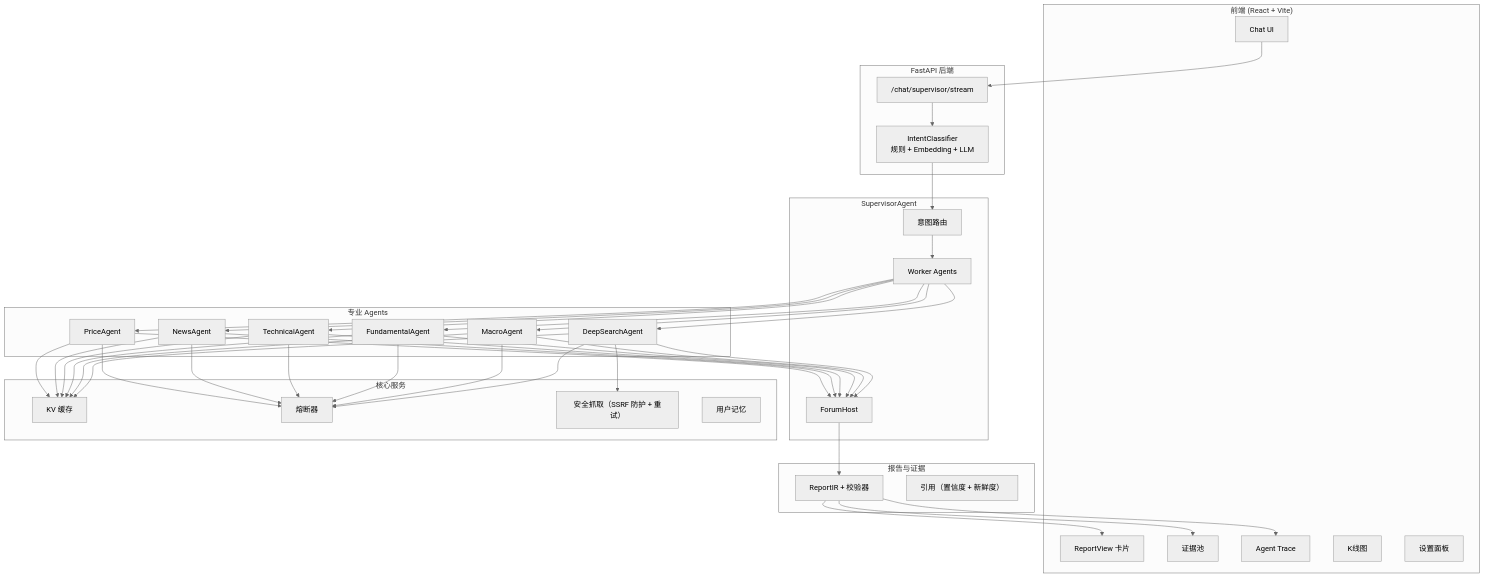
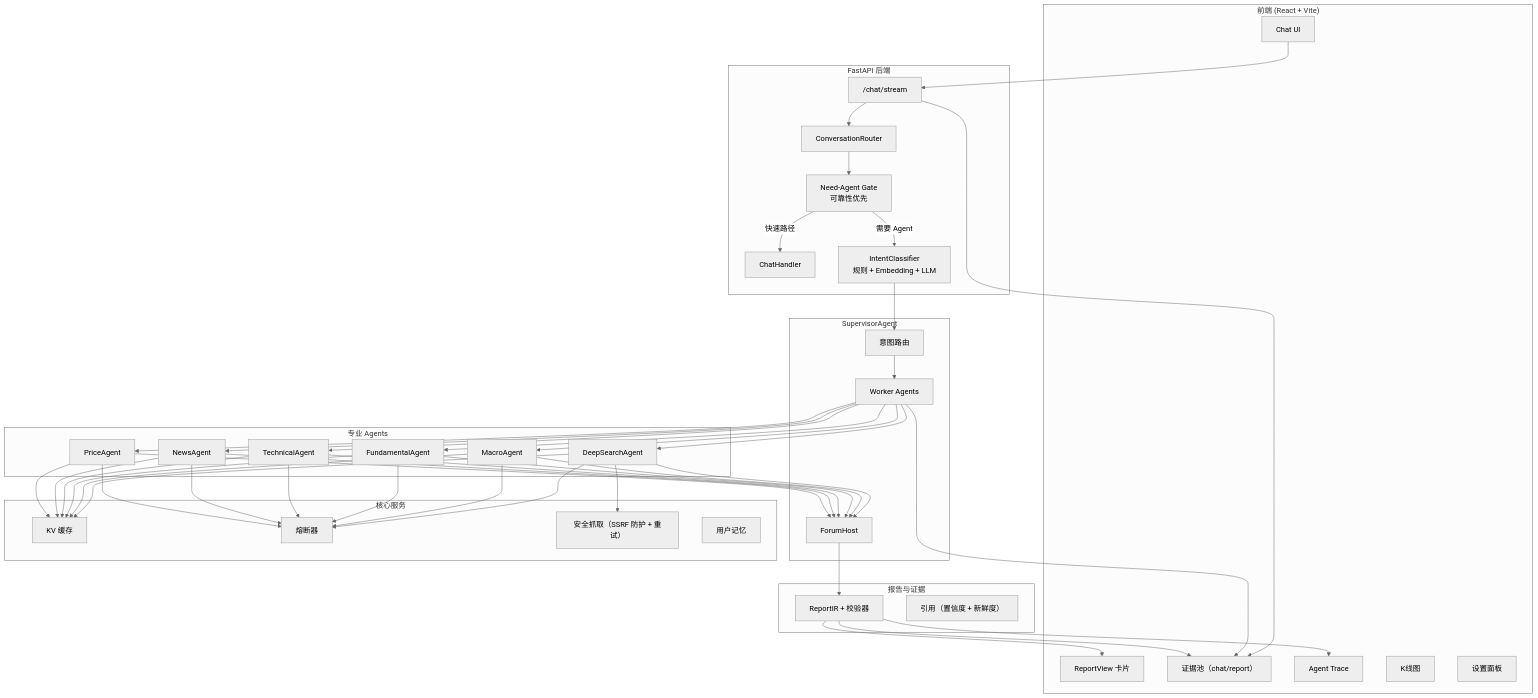
Before and after one commit to kkkano/FinSight: the first of 3 diagrams in readme_cn.md, drawn with Mermaid (neutral theme). The commit also changed other lines of this file and 69 other files, not shown here.

````diff
--- a/readme_cn.md
+++ b/readme_cn.md
@@ -94,57 +112,65 @@
 ```mermaid
 flowchart TB
     subgraph Frontend["前端 (React + Vite)"]
         UI[Chat UI]
         ReportView[ReportView 卡片]
-        Evidence[证据池]
+        Evidence[证据池（chat/report）]
         Trace[Agent Trace]
         Chart[K线图]
         Settings[设置面板]
     end
 
     subgraph API["FastAPI 后端"]
-        Main["/chat/supervisor/stream"]
+        Stream["/chat/stream"]
+        Router["ConversationRouter"]
+        Gate["Need-Agent Gate<br/>可靠性优先"]
+        ChatHandler["ChatHandler"]
         Classifier[IntentClassifier<br/>规则 + Embedding + LLM]
     end
 
     subgraph Supervisor["SupervisorAgent"]
-        Router[意图路由]
+        SupRouter[意图路由]
         Workers[Worker Agents]
         Forum[ForumHost]
     end
 
     subgraph Agents["专业 Agents"]
         PA[PriceAgent]
         NA[NewsAgent]
         TA[TechnicalAgent]
         FA[FundamentalAgent]
         MA[MacroAgent]
         DSA[DeepSearchAgent]
     end
 
     subgraph ReportIR["报告与证据"]
         IR[ReportIR + 校验器]
         Citations[引用（置信度 + 新鲜度）]
     end
 
     subgraph Services["核心服务"]
         Cache[KV 缓存]
         CB[熔断器]
         SafeFetch[安全抓取（SSRF 防护 + 重试）]
         Memory[用户记忆]
     end
 
-    UI --> Main
-    Main --> Classifier
-    Classifier --> Router
-    Router --> Workers
+    UI --> Stream
+    Stream --> Router
+    Router --> Gate
+    Gate -->|快速路径| ChatHandler
+    Gate -->|需要 Agent| Classifier
+    Classifier --> SupRouter
+    SupRouter --> Workers
     Workers --> PA & NA & TA & FA & MA & DSA
     PA & NA & TA & FA & MA & DSA --> Forum
     Forum --> IR --> ReportView
     IR --> Evidence
+    Workers --> Evidence
     IR --> Trace
+    Stream --> Evidence
 
     PA & NA & TA & FA & MA & DSA --> Cache
     PA & NA & TA & FA & MA & DSA --> CB
     DSA --> SafeFetch
 ```
````
